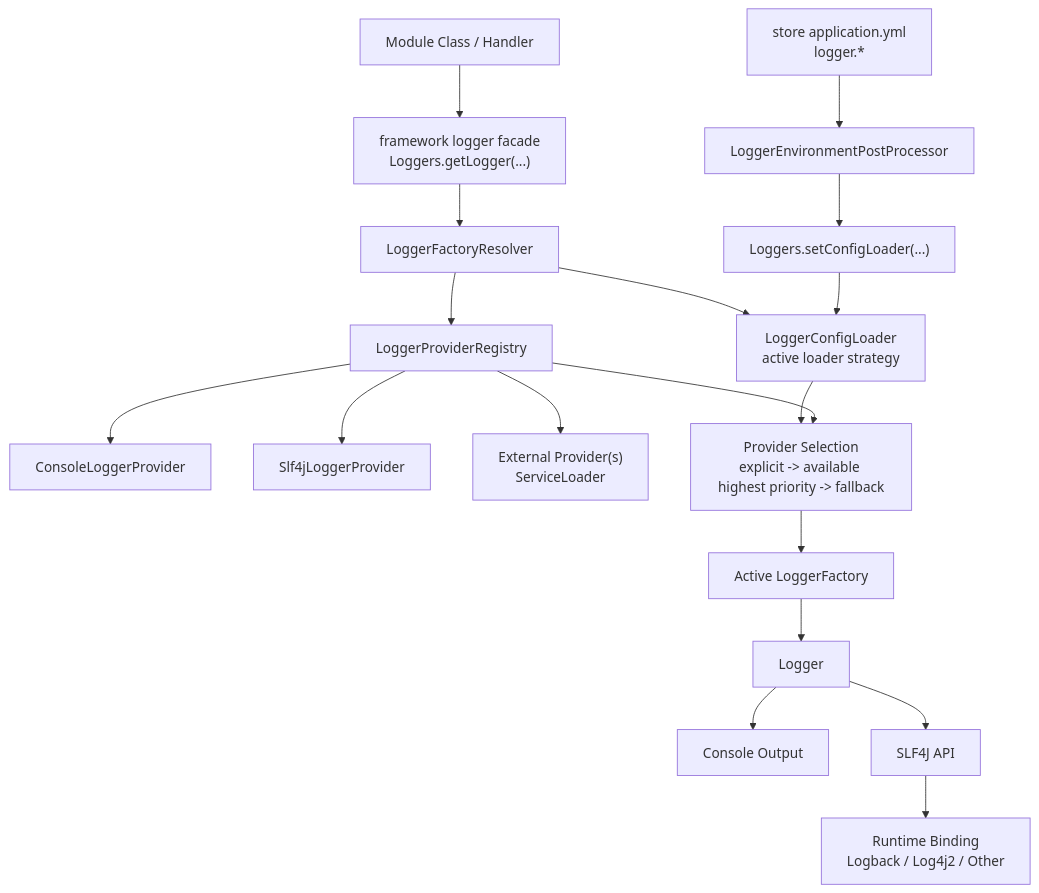
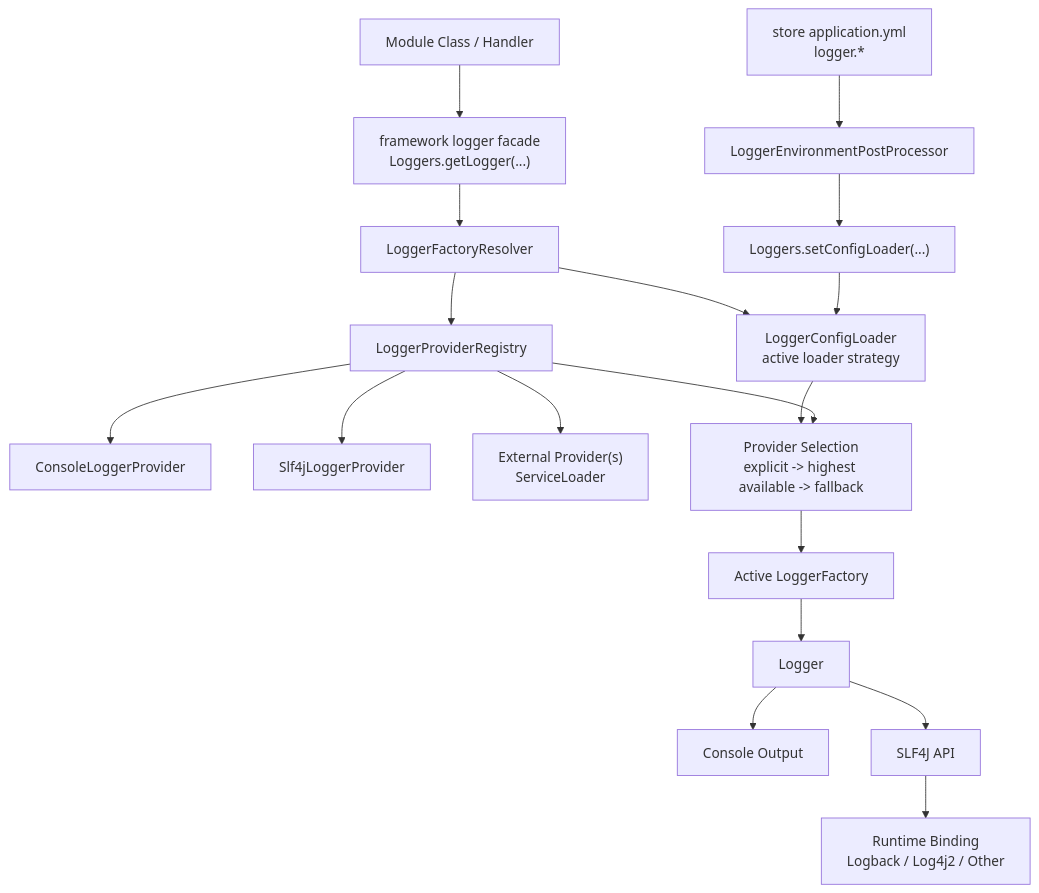
The first of 3 diagrams in docs/architecture/diagrams/modular-logging-framework.md (khinemyaezin/grab), drawn with Mermaid before and after one commit. The commit also changed other lines of this file and 7 other files, not shown here.

````diff
--- a/docs/architecture/diagrams/modular-logging-framework.md
+++ b/docs/architecture/diagrams/modular-logging-framework.md
@@ -7,23 +15,23 @@
 ```mermaid
 flowchart TB
     SpringCfg["store application.yml<br/>logger.*"] --> PostProcessor["LoggerEnvironmentPostProcessor"]
     PostProcessor --> LoaderInstall["Loggers.setConfigLoader(...)"]
     Caller["Module Class / Handler"] --> Facade["framework logger facade<br/>Loggers.getLogger(...)"]
     Facade --> Resolver["LoggerFactoryResolver"]
     Resolver --> Config["LoggerConfigLoader<br/>active loader strategy"]
     Resolver --> Registry["LoggerProviderRegistry"]
 
     Registry --> BuiltInConsole["ConsoleLoggerProvider"]
     Registry --> BuiltInSlf4j["Slf4jLoggerProvider"]
     Registry --> ServiceLoader["External Provider(s)<br/>ServiceLoader"]
 
-    Config --> Select["Provider Selection<br/>explicit -> available highest priority -> fallback"]
+    Config --> Select["Provider Selection<br/>explicit -> highest available -> fallback"]
     LoaderInstall --> Config
     Registry --> Select
     Select --> ActiveFactory["Active LoggerFactory"]
     ActiveFactory --> Logger["Logger"]
 
     Logger --> ConsoleOut["Console Output"]
     Logger --> Slf4jApi["SLF4J API"]
     Slf4jApi --> Backend["Runtime Binding<br/>Logback / Log4j2 / Other"]
 ```
````
